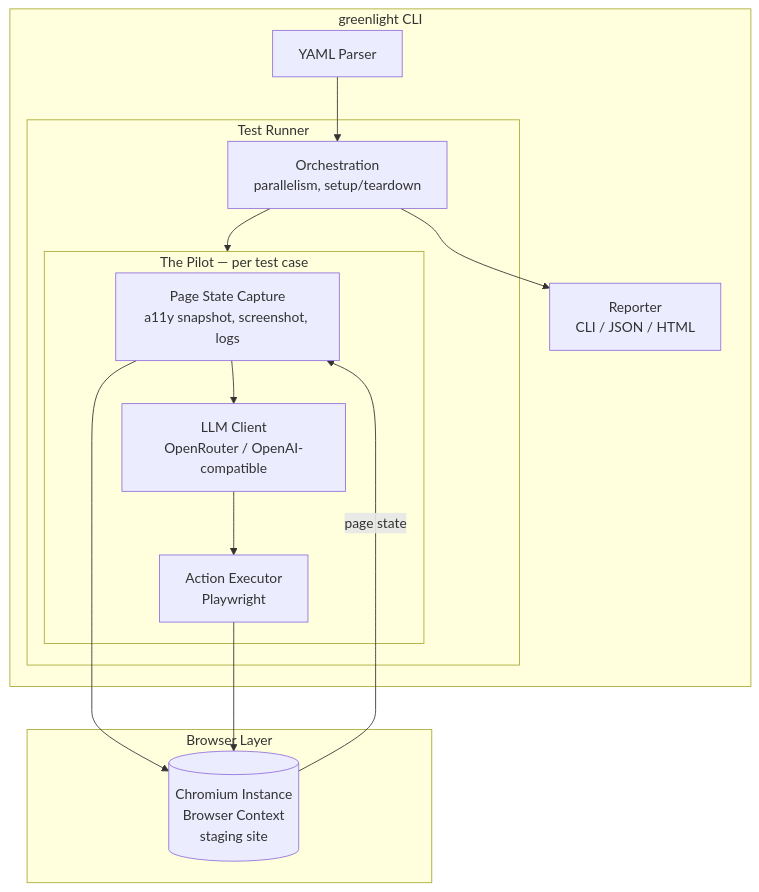
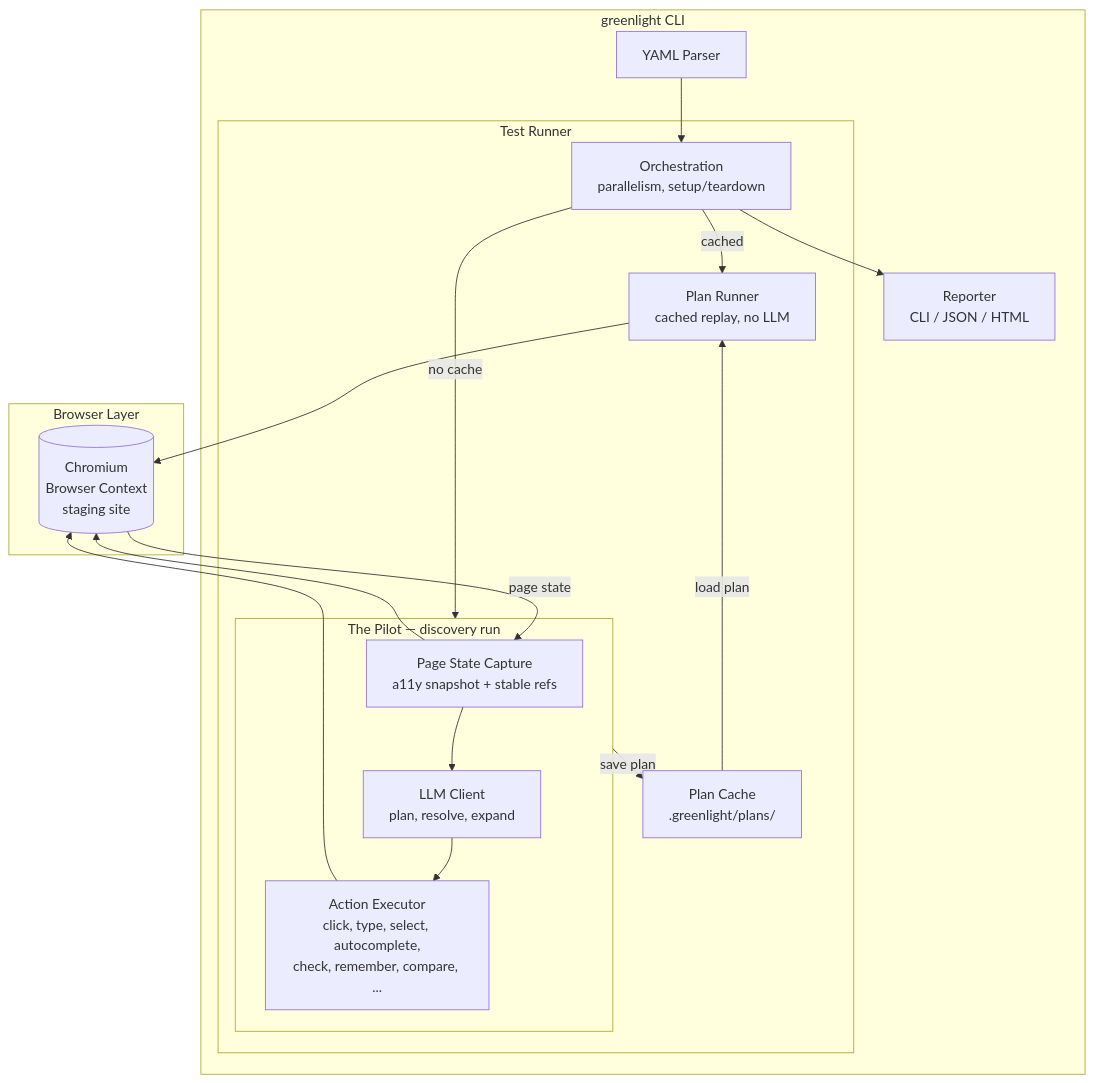
The diagram in README.md (eidra-umain/GreenLight), drawn with Mermaid before and after one commit. The commit also changed other lines of this file and 6 other files, not shown here.

````diff
--- a/README.md
+++ b/README.md
@@ -239,30 +294,37 @@
 ```mermaid
 flowchart TD
     subgraph cli[greenlight CLI]
         yaml[YAML Parser]
         reporter[Reporter<br/>CLI / JSON / HTML]
 
         subgraph runner[Test Runner]
             orchestrator[Orchestration<br/>parallelism, setup/teardown]
+            planner[Plan Cache<br/>.greenlight/plans/]
 
-            subgraph pilot[The Pilot — per test case]
-                state[Page State Capture<br/>a11y snapshot, screenshot, logs]
-                llm[LLM Client<br/>OpenRouter / OpenAI-compatible]
-                executor[Action Executor<br/>Playwright]
+            subgraph pilot[The Pilot — discovery run]
+                state[Page State Capture<br/>a11y snapshot + stable refs]
+                llm[LLM Client<br/>plan, resolve, expand]
+                executor[Action Executor<br/>click, type, select, autocomplete,<br/>check, remember, compare, ...]
             end
+
+            replay[Plan Runner<br/>cached replay, no LLM]
         end
     end
 
     subgraph browser[Browser Layer]
-        chromium[(Chromium Instance<br/>Browser Context<br/>staging site)]
+        chromium[(Chromium<br/>Browser Context<br/>staging site)]
     end
 
     yaml --> orchestrator
-    orchestrator --> pilot
+    orchestrator -->|no cache| pilot
+    orchestrator -->|cached| replay
+    pilot -->|save plan| planner
+    planner -->|load plan| replay
     state --> llm
     llm --> executor
     state --> chromium
     executor --> chromium
+    replay --> chromium
     chromium -->|page state| state
     orchestrator --> reporter
 ```
````
